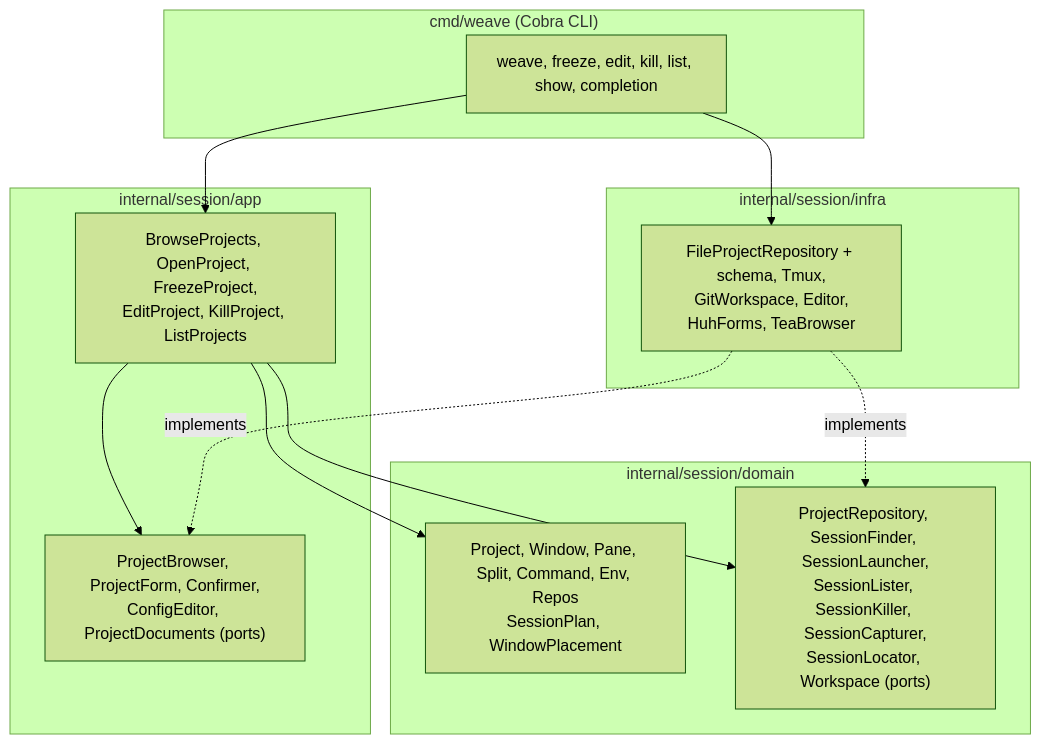
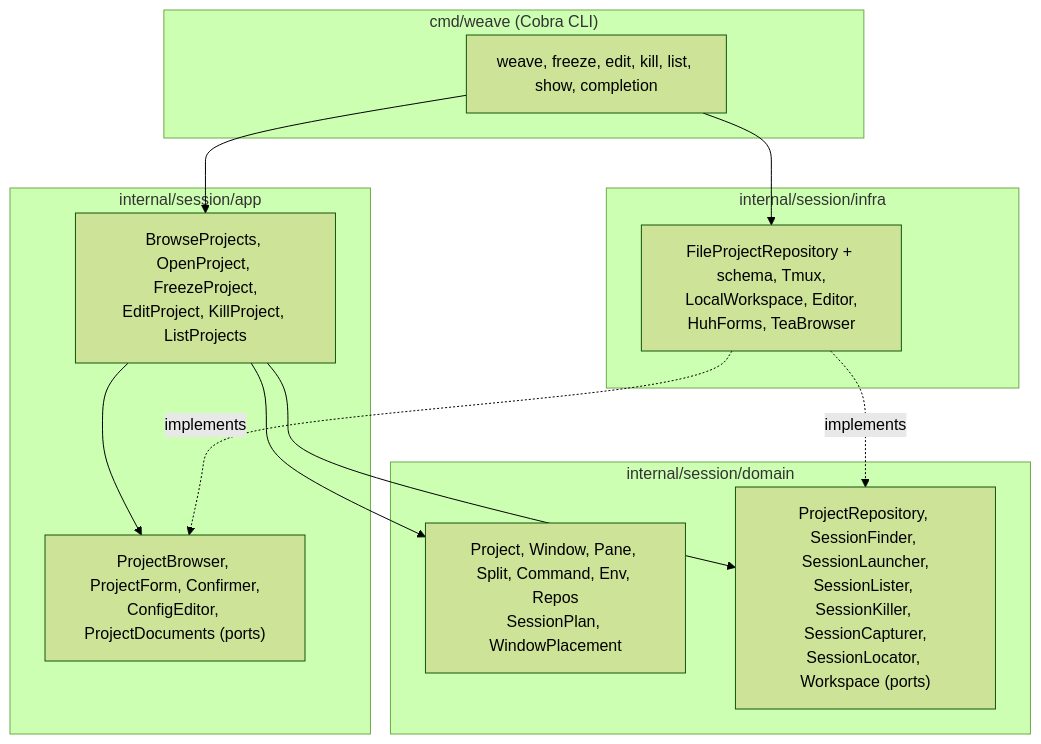
One commit to medilies/weaver changed the diagram in README.md. Above: the diagram before and after it, drawn with Mermaid (forest theme). The commit also changed other lines of this file and 17 other files, not shown here.

````diff
--- a/README.md
+++ b/README.md
@@ -205,25 +204,25 @@
 ```mermaid
 graph TD
     subgraph cmd["cmd/weave (Cobra CLI)"]
         CLI["weave, freeze, edit, kill, list, show, completion"]
     end
     subgraph app["internal/session/app"]
         UC["BrowseProjects, OpenProject, FreezeProject,<br/>EditProject, KillProject, ListProjects"]
         AP["ProjectBrowser, ProjectForm, Confirmer,<br/>ConfigEditor, ProjectDocuments (ports)"]
     end
     subgraph domain["internal/session/domain"]
         M["Project, Window, Pane, Split, Command, Env, Repos<br/>SessionPlan, WindowPlacement"]
         DP["ProjectRepository, SessionFinder, SessionLauncher,<br/>SessionLister, SessionKiller, SessionCapturer,<br/>SessionLocator, Workspace (ports)"]
     end
     subgraph infra["internal/session/infra"]
-        A["FileProjectRepository + schema, Tmux,<br/>GitWorkspace, Editor,<br/>HuhForms, TeaBrowser"]
+        A["FileProjectRepository + schema, Tmux,<br/>LocalWorkspace, Editor,<br/>HuhForms, TeaBrowser"]
     end
 
     CLI --> UC
     CLI --> A
     UC --> M
     UC --> DP
     UC --> AP
     A -.implements.-> DP
     A -.implements.-> AP
 ```
````
